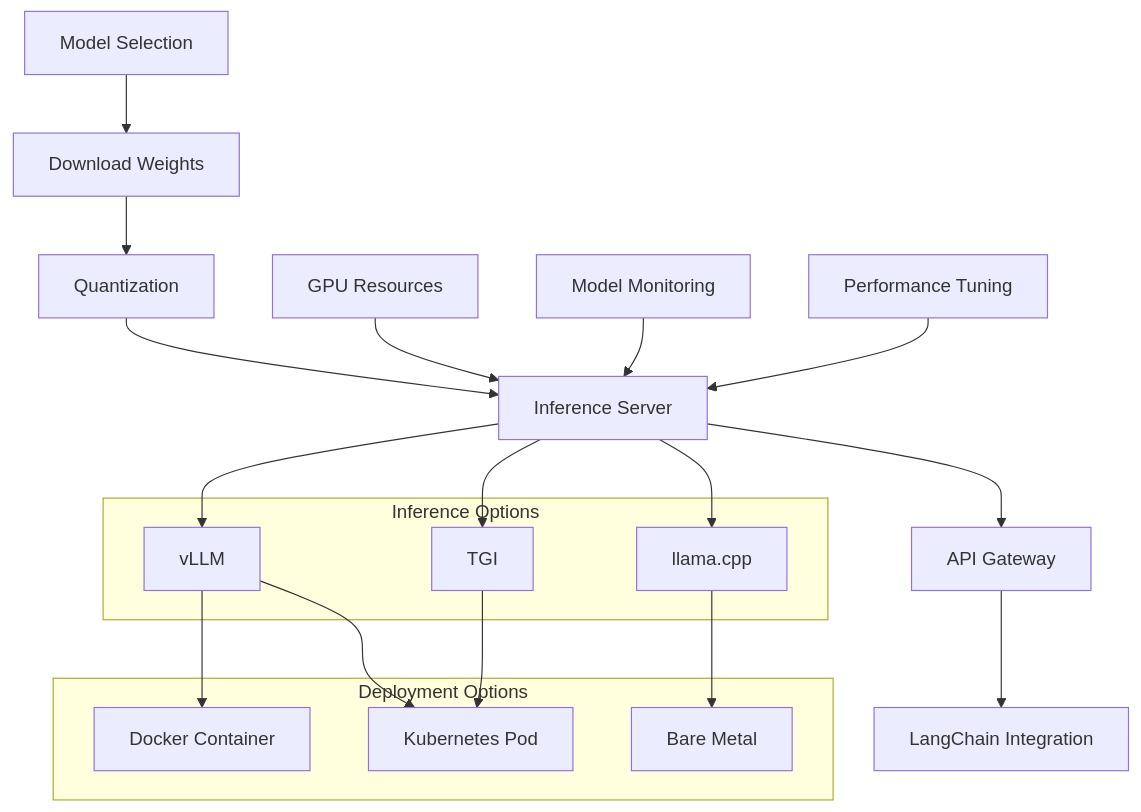
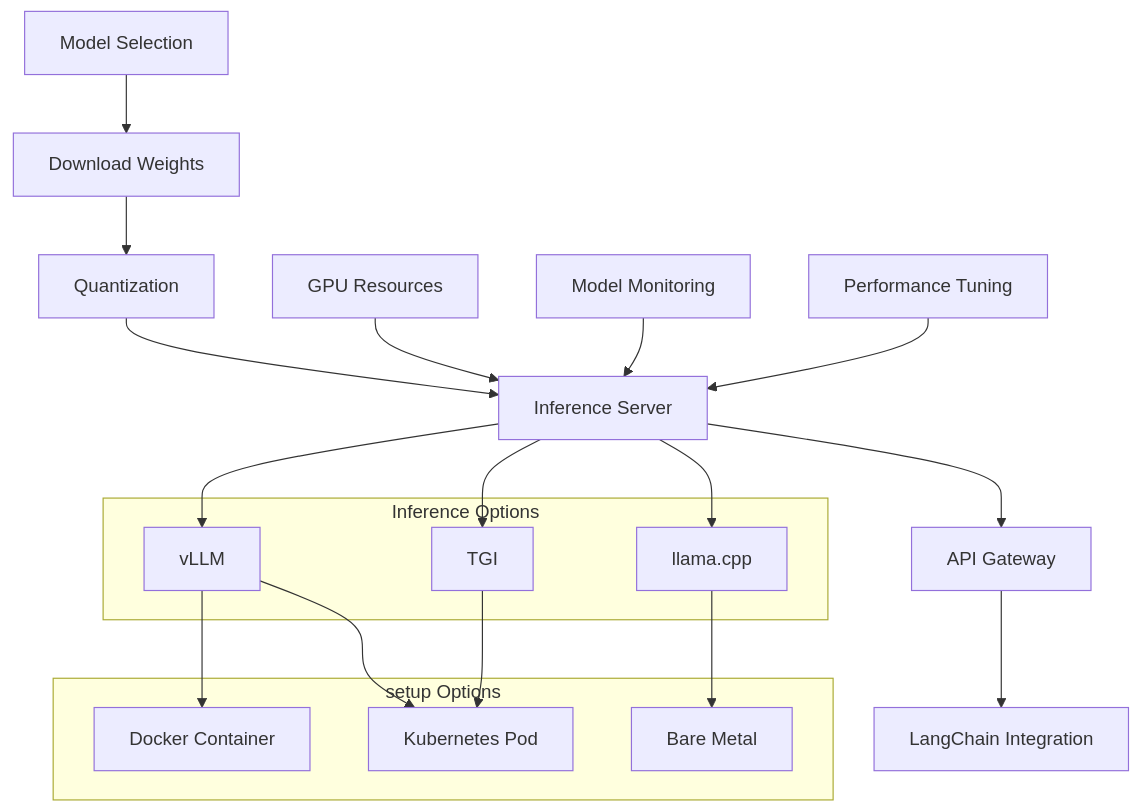
One commit to CRollins6020/CRollins6020 changed the sixth of 21 diagrams in User-Guides/LangChain Agent Platform Admin Guide.md. Above: the diagram before and after it, drawn with Mermaid. The commit also changed other lines of this file, not shown here.

````diff
--- a/User-Guides/LangChain Agent Platform Admin Guide.md
+++ b/User-Guides/LangChain Agent Platform Admin Guide.md
@@ -1092,33 +1092,33 @@
 ```mermaid
 graph TD
     A[Model Selection] --> B[Download Weights]
     B --> C[Quantization]
     C --> D[Inference Server]
     D --> E[API Gateway]
     E --> F[LangChain Integration]
     
     G[GPU Resources] --> D
     H[Model Monitoring] --> D
     I[Performance Tuning] --> D
     
     subgraph "Inference Options"
     J[vLLM]
     K[TGI]
     L[llama.cpp]
     end
     
-    subgraph "Deployment Options"
+    subgraph "setup Options"
     M[Docker Container]
     N[Kubernetes Pod]
     O[Bare Metal]
     end
     
     D --> J
     D --> K
     D --> L
     
     J --> M
     J --> N
     K --> N
     L --> O
 ```
````
